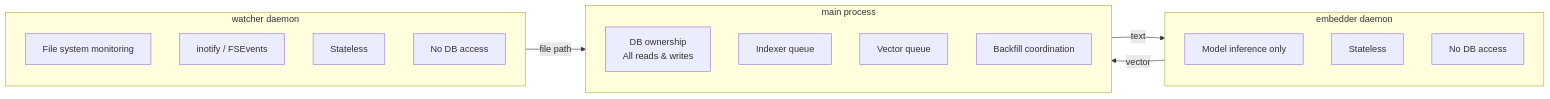
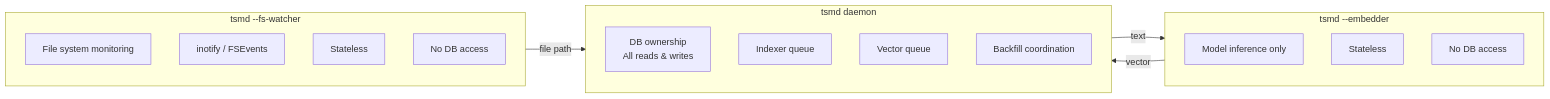
The second of 3 diagrams in docs/data-flow.md (key/the-space-memory), drawn with Mermaid before and after one commit. The commit also changed other lines of this file and 1 other file, not shown here.

Commit message:
fix: update architecture docs to reflect tsmd binary consolidation
ASCII diagram and mermaid labels now use tsmd --embedder / --fs-watcher
(child processes) instead of the old separate binary names.

````diff
--- a/docs/data-flow.md
+++ b/docs/data-flow.md
@@ -42,29 +42,29 @@
 ```mermaid
 graph LR
-    subgraph Main["main process"]
+    subgraph Main["tsmd daemon"]
         direction TB
         M1["DB ownership<br/>All reads & writes"]
         M2["Indexer queue"]
         M3["Vector queue"]
         M4["Backfill coordination"]
     end
 
-    subgraph Embedder["embedder daemon"]
+    subgraph Embedder["tsmd --embedder"]
         direction TB
         E1["Model inference only"]
         E2["Stateless"]
         E3["No DB access"]
     end
 
-    subgraph Watcher["watcher daemon"]
+    subgraph Watcher["tsmd --fs-watcher"]
         direction TB
         W1["File system monitoring"]
         W2["inotify / FSEvents"]
         W3["Stateless"]
         W4["No DB access"]
     end
 
     Watcher -->|"file path"| Main
     Main -->|"text"| Embedder
     Embedder -->|"vector"| Main
 ```
````
